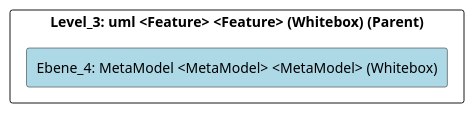
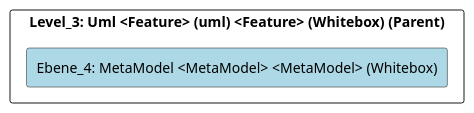
The diagram in doc/cleonproject_deliverables_architecture_model_architecture/adoc/de/05_bausteinsicht/cleon/modeling_languages/uml/metamodel/ebene_4_metamodel.adoc (marcozwyssig/cleon), drawn with PlantUML before and after one commit. The commit also changed other lines of this file and 166 other files, not shown here.

```diff
--- a/doc/cleonproject_deliverables_architecture_model_architecture/adoc/de/05_bausteinsicht/cleon/modeling_languages/uml/metamodel/ebene_4_metamodel.adoc
+++ b/doc/cleonproject_deliverables_architecture_model_architecture/adoc/de/05_bausteinsicht/cleon/modeling_languages/uml/metamodel/ebene_4_metamodel.adoc
@@ -24,24 +24,24 @@
 [plantuml, Ebene_4: MetaModel <MetaModel> <MetaModel> (Whitebox)BlockOverview, format="svg"]
 ----
 @startuml Ebene_4: MetaModel <MetaModel> <MetaModel> (Whitebox)BuildingBlockOverview
 
 skinparam ranksep 10
 skinparam componentStyle rectangle
 skinparam shadowing false
 skinparam arrowColor lightblue
 skinparam arrowThickness 1.2
 skinparam rectangle {
   BackgroundColor White
   BorderColor #333
   RoundCorner 10
 }
 top to bottom direction
 
-component "Level_3: uml <Feature> <Feature> (Whitebox) (Parent)" {
+component "Level_3: Uml <Feature> (uml) <Feature> (Whitebox) (Parent)" {
     component "Ebene_4: MetaModel <MetaModel> <MetaModel> (Whitebox)" #lightblue {
     }
 
 }
 
 @enduml
 ----
```
